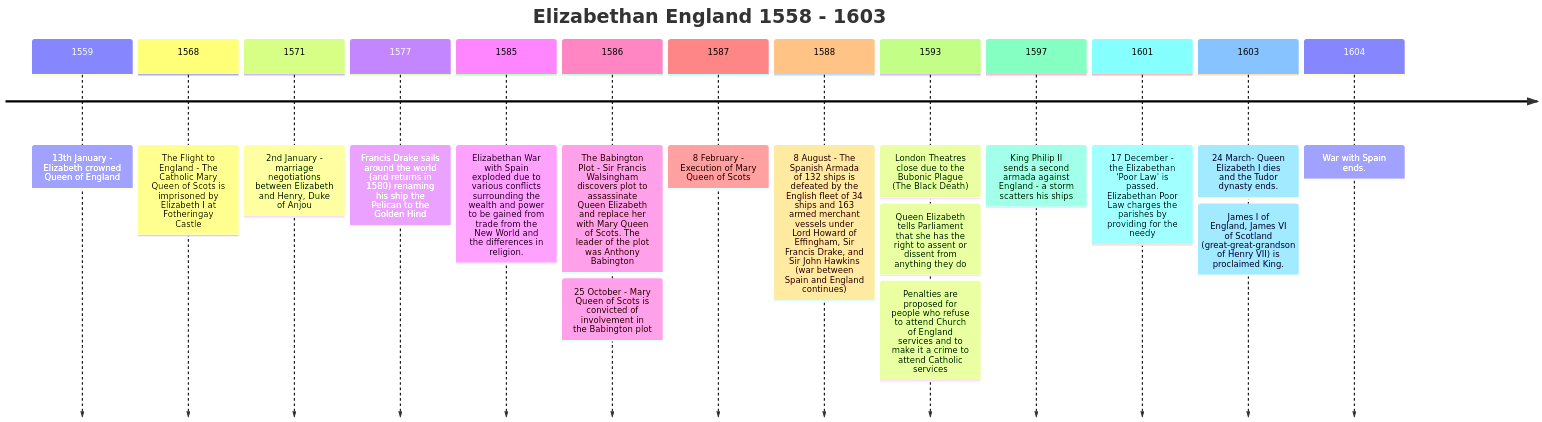
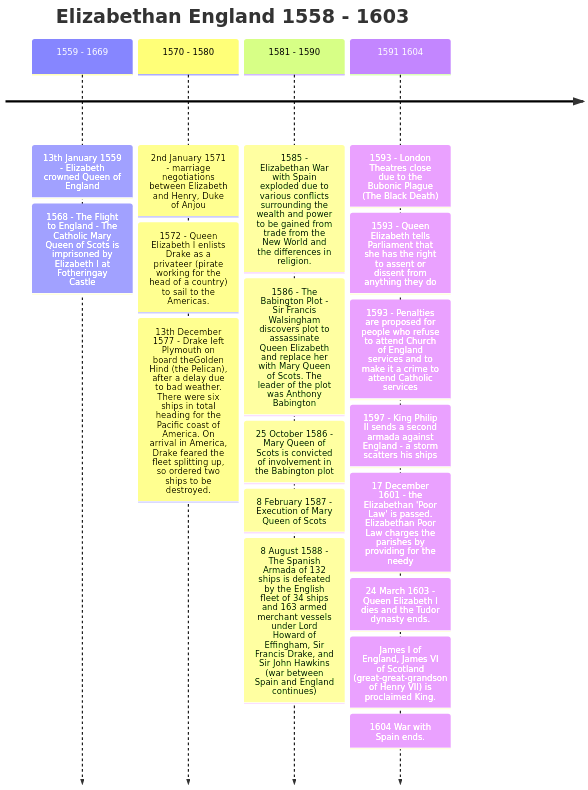
The diagram in England.md (GuySymonds/HistoryGCSE), drawn with Mermaid before and after one commit.

````diff
--- a/England.md
+++ b/England.md
@@ -5,21 +5,22 @@
 ```mermaid
 timeline
     title Elizabethan England 1558 - 1603 
-    1559 : 13th January - Elizabeth crowned Queen of England
-    1568 : The Flight to England - The Catholic Mary Queen of Scots is imprisoned by Elizabeth I at Fotheringay Castle
-    1571 : 2nd January - marriage negotiations between Elizabeth and Henry, Duke of Anjou
-    1577 : Francis Drake sails around the world (and returns in 1580) renaming his ship the Pelican to  the Golden Hind
-    1585 : Elizabethan War with Spain exploded due to various conflicts surrounding the wealth and power to be gained from trade from the New World and the differences in religion.
-    1586 : The Babington Plot - Sir Francis Walsingham discovers plot to assassinate Queen Elizabeth and replace her with Mary Queen of Scots. The leader of the plot was Anthony Babington
-         : 25 October - Mary Queen of Scots is convicted of involvement in the Babington plot
-    1587 : 8 February - Execution of Mary Queen of Scots
-    1588 :  8 August - The Spanish Armada of 132 ships is defeated by the English fleet of  34 ships and 163 armed merchant vessels under Lord Howard of Effingham, Sir Francis Drake, and Sir John Hawkins (war between Spain and England continues)
-    1593 : London Theatres close due to the Bubonic Plague (The Black Death)
-         : Queen Elizabeth tells Parliament that she has the right to assent or dissent from anything they do
-         : Penalties are proposed for people who refuse to attend Church of England services and to make it a crime to attend Catholic services
-    1597 : King Philip II sends a second armada against England - a storm scatters his ships
-    1601 : 17 December - the Elizabethan 'Poor Law' is passed. Elizabethan Poor Law charges the parishes by providing for the needy
-    1603 : 24 March- Queen Elizabeth I dies and the Tudor dynasty ends. 
-         : James I of England, James VI of Scotland (great-great-grandson of Henry VII) is proclaimed King.
-    1604 : War with Spain ends.
+    1559 - 1669 : 13th January 1559 - Elizabeth crowned Queen of England
+                : 1568 - The Flight to England - The Catholic Mary Queen of Scots is imprisoned by Elizabeth I at Fotheringay Castle
+    1570 - 1580 : 2nd January 1571 - marriage negotiations between Elizabeth and Henry, Duke of Anjou
+                : 1572 - Queen Elizabeth I enlists Drake as a privateer (pirate working for the head of a country) to sail to the Americas. 
+                : 13th December 1577 - Drake left Plymouth on board theGolden Hind (the Pelican), after a delay due to bad weather. There were six ships in total heading for the Pacific coast of America. On arrival in America, Drake feared the fleet splitting up, so ordered two ships to be destroyed.
+    1581 - 1590 : 1585 - Elizabethan War with Spain exploded due to various conflicts surrounding the wealth and power to be gained from trade from the New World and the differences in religion.
+                : 1586 - The Babington Plot - Sir Francis Walsingham discovers plot to assassinate Queen Elizabeth and replace her with Mary Queen of Scots. The leader of the plot was Anthony Babington
+                : 25 October 1586 - Mary Queen of Scots is convicted of involvement in the Babington plot
+                : 8 February 1587 - Execution of Mary Queen of Scots
+                : 8 August 1588 - The Spanish Armada of 132 ships is defeated by the English fleet of  34 ships and 163 armed merchant vessels under Lord Howard of Effingham, Sir Francis Drake, and Sir John Hawkins (war between Spain and England continues)
+    1591 1604 : 1593 - London Theatres close due to the Bubonic Plague (The Black Death)
+              : 1593 - Queen Elizabeth tells Parliament that she has the right to assent or dissent from anything they do
+              : 1593 - Penalties are proposed for people who refuse to attend Church of England services and to make it a crime to attend Catholic services
+              : 1597 - King Philip II sends a second armada against England - a storm scatters his ships
+              : 17 December 1601 - the Elizabethan 'Poor Law' is passed. Elizabethan Poor Law charges the parishes by providing for the needy
+              : 24 March 1603 - Queen Elizabeth I dies and the Tudor dynasty ends. 
+              : James I of England, James VI of Scotland (great-great-grandson of Henry VII) is proclaimed King.
+              : 1604 War with Spain ends.
 ```
````
